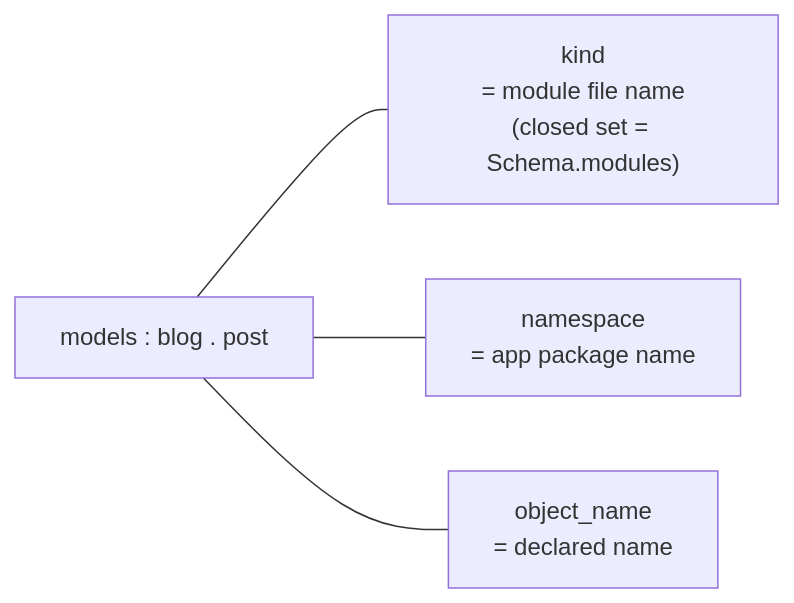
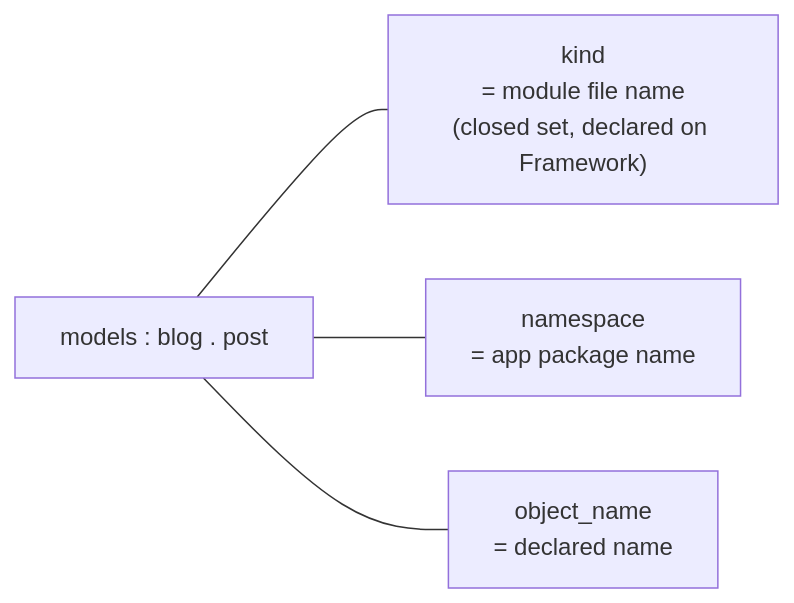
Before and after one commit to hlop3z/spoc: the second of 3 diagrams in docs/architecture/kernel.md, drawn with Mermaid. The commit also changed other lines of this file and 16 other files, not shown here.

````diff
--- a/docs/architecture/kernel.md
+++ b/docs/architecture/kernel.md
@@ -44,11 +46,11 @@
 ```mermaid
 flowchart LR
     id["models : blog . post"]
-    kind["kind<br/>= module file name<br/>(closed set = Schema.modules)"]
+    kind["kind<br/>= module file name<br/>(closed set, declared on Framework)"]
     ns["namespace<br/>= app package name"]
     name["object_name<br/>= declared name"]
 
     id --- kind
     id --- ns
     id --- name
 ```
````
